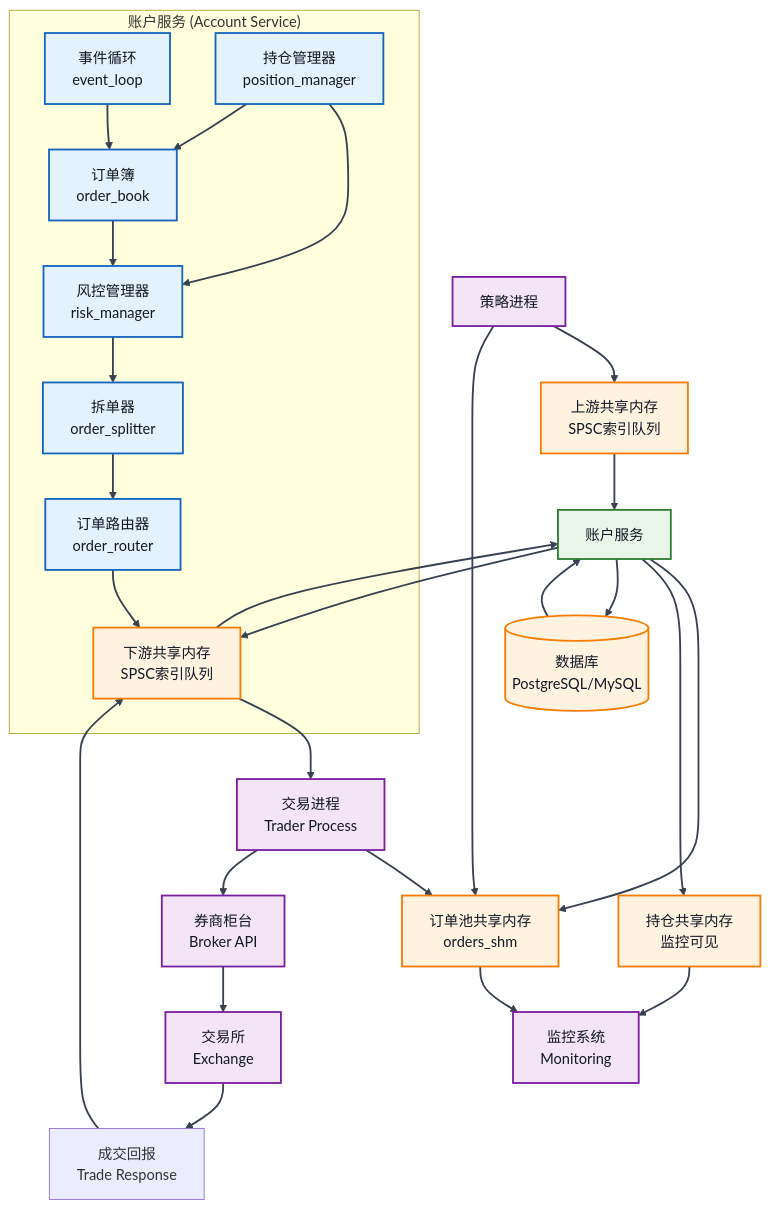
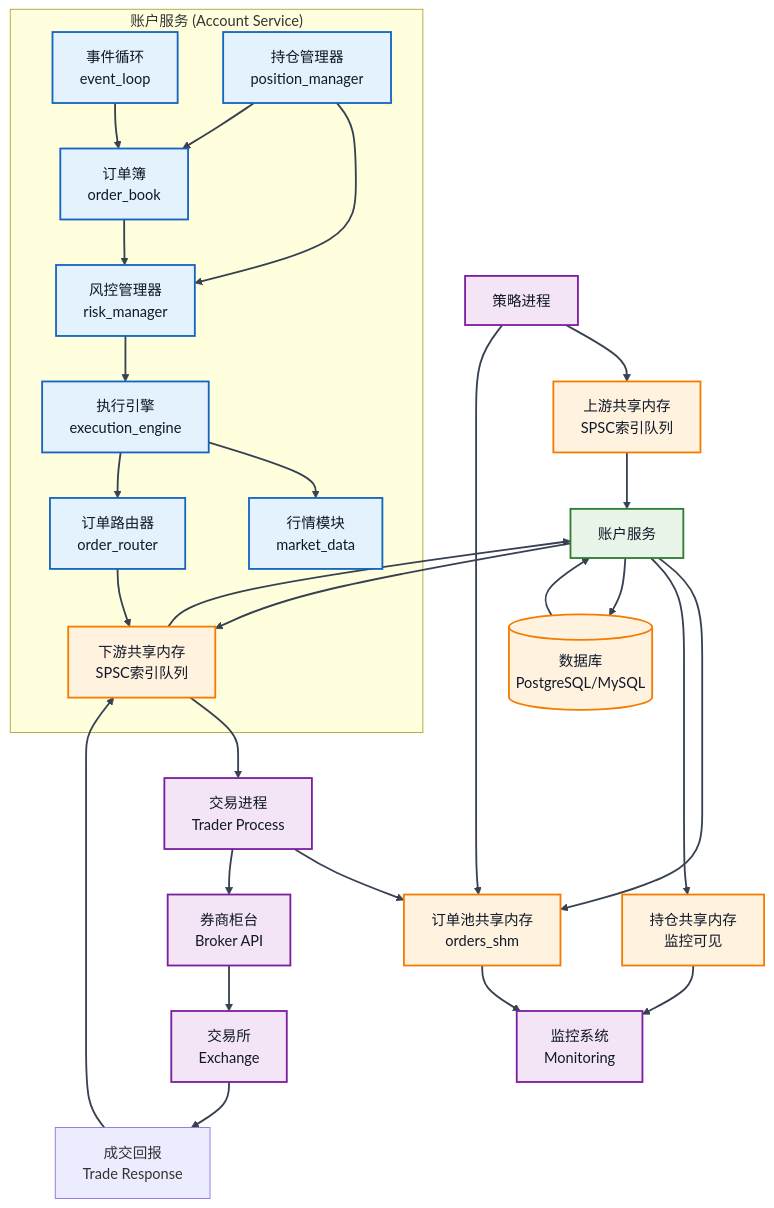
The diagram in docs/order_architecture.mmd (monstersama/account_services), drawn with Mermaid before and after one commit. The commit also changed 56 other files, not shown here.

```diff
--- a/docs/order_architecture.mmd
+++ b/docs/order_architecture.mmd
@@ -1,61 +1,63 @@
 %%{init: {'theme': 'base', 'themeVariables': {'background': '#ffffff', 'textColor': '#111827', 'lineColor': '#374151', 'fontSize': '18px', 'fontFamily': '"Microsoft YaHei","PingFang SC","Noto Sans SC",sans-serif', 'edgeLabelBackground': '#ffffff'}}}%%
 %% 组件交互图 - 系统架构
 graph TB
     Strategy[策略进程] --> UpstreamSHM[上游共享内存<br/>SPSC索引队列]
     Strategy --> OrdersSHM[订单池共享内存<br/>orders_shm]
 
     UpstreamSHM --> AccountService[账户服务]
 
     subgraph "账户服务 (Account Service)"
         EventLoop[事件循环<br/>event_loop]
         OrderBook[订单簿<br/>order_book]
         RiskManager[风控管理器<br/>risk_manager]
-        OrderSplitter[拆单器<br/>order_splitter]
+        ExecutionEngine[执行引擎<br/>execution_engine]
+        MarketData[行情模块<br/>market_data]
         OrderRouter[订单路由器<br/>order_router]
         PositionManager[持仓管理器<br/>position_manager]
 
         EventLoop --> OrderBook
         OrderBook --> RiskManager
-        RiskManager --> OrderSplitter
-        OrderSplitter --> OrderRouter
+        RiskManager --> ExecutionEngine
+        ExecutionEngine --> MarketData
+        ExecutionEngine --> OrderRouter
         OrderRouter --> DownstreamSHM
         PositionManager --> RiskManager
         PositionManager --> OrderBook
     end
 
     AccountService --> DownstreamSHM[下游共享内存<br/>SPSC索引队列]
 
     DownstreamSHM --> Trader[交易进程<br/>Trader Process]
     Trader --> OrdersSHM
 
     Trader --> Broker[券商柜台<br/>Broker API]
 
     Broker --> Exchange[交易所<br/>Exchange]
 
     Exchange --> TradeResponse[成交回报<br/>Trade Response]
 
     TradeResponse --> DownstreamSHM
 
     DownstreamSHM --> AccountService
 
     AccountService --> OrdersSHM
     AccountService --> PositionSHM[持仓共享内存<br/>监控可见]
 
     OrdersSHM --> Monitor[监控系统<br/>Monitoring]
     PositionSHM --> Monitor[监控系统<br/>Monitoring]
 
     AccountService --> Database[(数据库<br/>PostgreSQL/MySQL)]
 
     Database --> AccountService
 
     classDef external fill:#f3e5f5,stroke:#7b1fa2,stroke-width:2px,color:#111827,font-size:16px
     classDef service fill:#e8f5e8,stroke:#2e7d32,stroke-width:2px,color:#111827,font-size:16px
     classDef component fill:#e3f2fd,stroke:#1565c0,stroke-width:2px,color:#111827,font-size:16px
     classDef storage fill:#fff3e0,stroke:#f57c00,stroke-width:2px,color:#111827,font-size:16px
 
     linkStyle default stroke:#374151,stroke-width:2px
 
     class Strategy,Trader,Broker,Exchange,Monitor external
     class AccountService service
-    class EventLoop,OrderBook,RiskManager,OrderSplitter,OrderRouter,PositionManager component
+    class EventLoop,OrderBook,RiskManager,ExecutionEngine,MarketData,OrderRouter,PositionManager component
     class UpstreamSHM,DownstreamSHM,OrdersSHM,PositionSHM,Database storage
```
